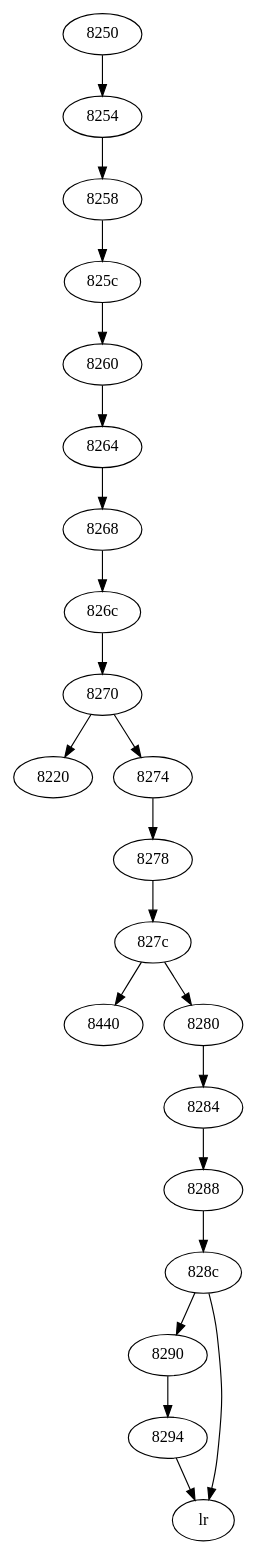
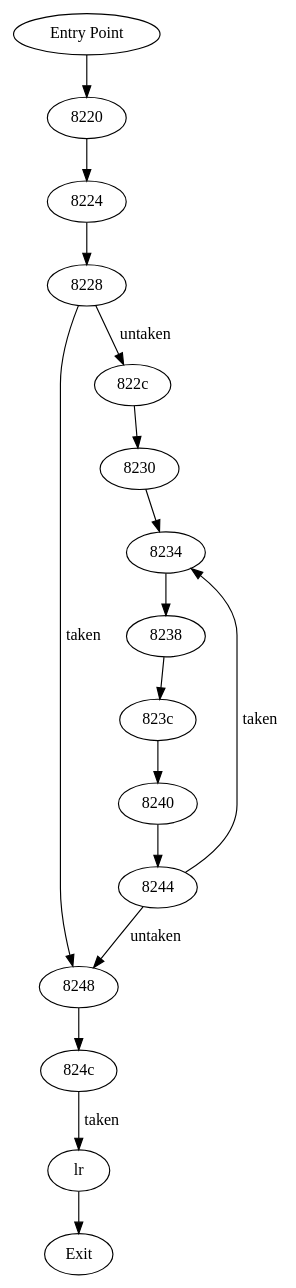
Before and after one commit to lorenzosin/TP_CFG: the diagram in CFG.dot, drawn with Graphviz. The commit also changed 2 other files, not shown here.

```diff
--- a/CFG.dot
+++ b/CFG.dot
@@ -1,44 +1,29 @@
 digraph ReconstructedCFG {
-	"8220";
-	"8250";
-	"8250" -> "8254";
-	"8254";
-	"8254" -> "8258";
-	"8258";
-	"8258" -> "825c";
-	"825c";
-	"825c" -> "8260";
-	"8260";
-	"8260" -> "8264";
-	"8264";
-	"8264" -> "8268";
-	"8268";
-	"8268" -> "826c";
-	"826c";
-	"826c" -> "8270";
-	"8270";
-	"8270" -> "8220";
-	"8270" -> "8274";
-	"8274";
-	"8274" -> "8278";
-	"8278";
-	"8278" -> "827c";
-	"827c";
-	"827c" -> "8440";
-	"827c" -> "8280";
-	"8280";
-	"8280" -> "8284";
-	"8284";
-	"8284" -> "8288";
-	"8288";
-	"8288" -> "828c";
-	"828c";
-	"828c" -> "8290";
-	"828c" -> "lr";
-	"8290";
-	"8290" -> "8294";
-	"8294";
-	"8294" -> "lr";
-	"8440";
+	"Entry Point";	"Entry Point" -> "8220";	"8220";
+	"8220" -> "8224" [label = ""] ;
+	"8224";
+	"8224" -> "8228" [label = ""] ;
+	"8228";
+	"8228" -> "8248" [label = "taken"] ;
+	"8228" -> "822c" [label = "untaken"] ;
+	"822c";
+	"822c" -> "8230" [label = ""] ;
+	"8230";
+	"8230" -> "8234" [label = ""] ;
+	"8234";
+	"8234" -> "8238" [label = ""] ;
+	"8238";
+	"8238" -> "823c" [label = ""] ;
+	"823c";
+	"823c" -> "8240" [label = ""] ;
+	"8240";
+	"8240" -> "8244" [label = ""] ;
+	"8244";
+	"8244" -> "8248" [label = "untaken"] ;
+	"8244" -> "8234" [label = "taken"] ;
+	"8248";
+	"8248" -> "824c" [label = ""] ;
+	"824c";
+	"824c" -> "lr" [label = "taken"] ;
 	"lr";
-}
+	"Exit";	"lr" -> "Exit";}
```
